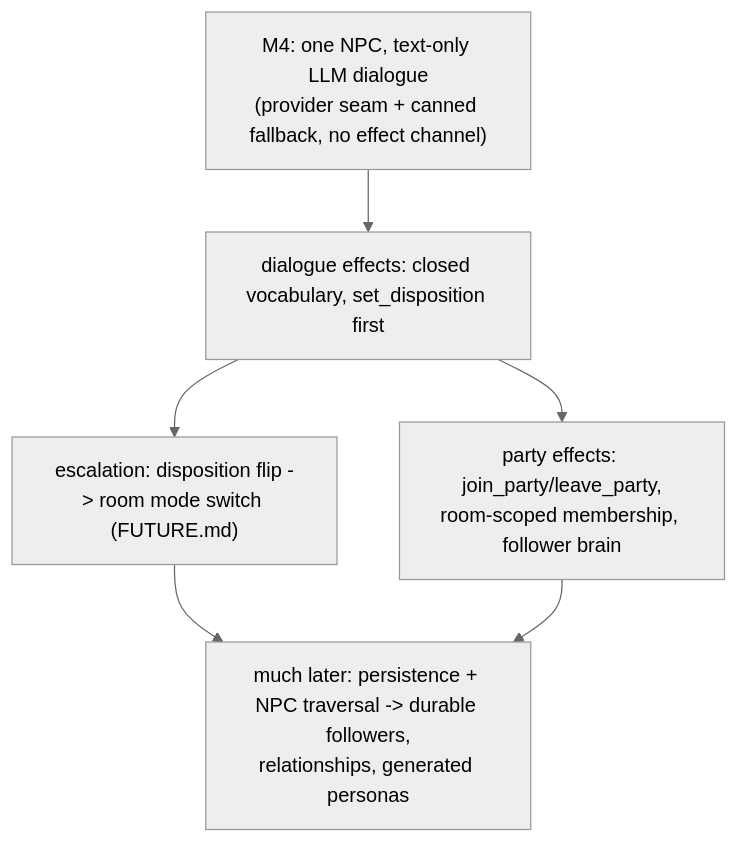
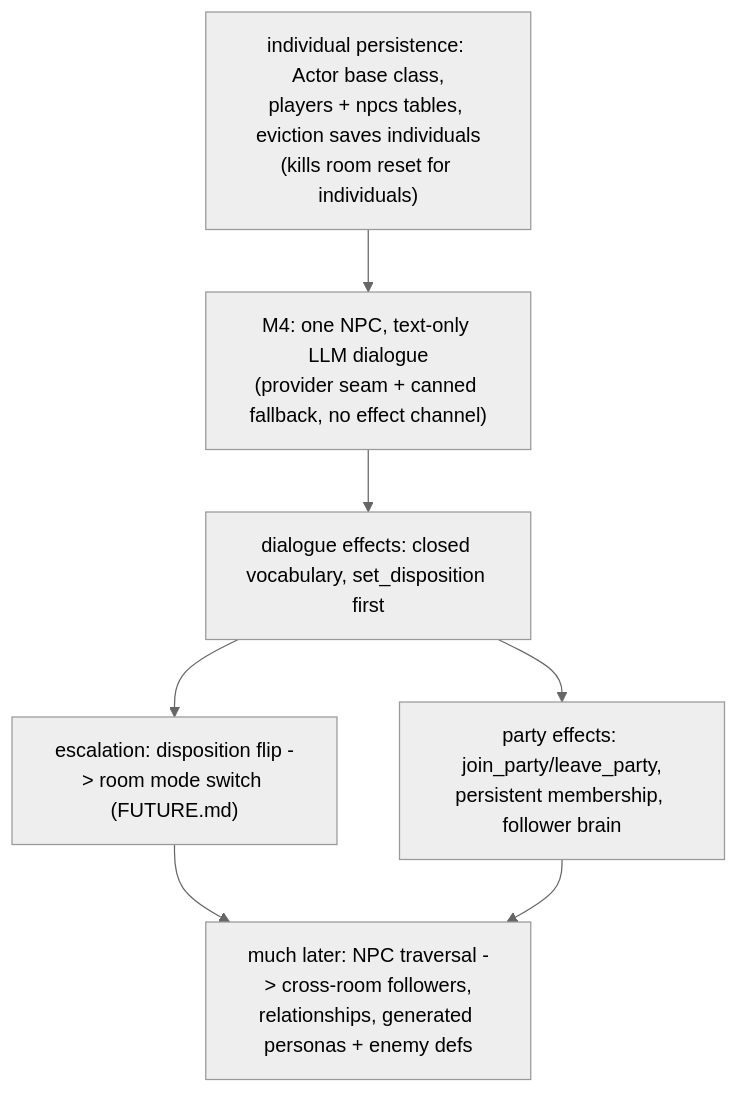
The second of 2 diagrams in docs/NPCS.md (GoldenWind8/roguelike-mvp), drawn with Mermaid (neutral theme) before and after one commit. The commit also changed other lines of this file and 22 other files, not shown here.

First line of the commit message:
Milestone 4: NPC dialogue + individual persistence

````diff
--- a/docs/NPCS.md
+++ b/docs/NPCS.md
@@ -224,9 +275,10 @@
 ```mermaid
 flowchart TD
-    A["M4: one NPC, text-only LLM dialogue<br/>(provider seam + canned fallback, no effect channel)"]
+    S["individual persistence: Actor base class,<br/>players + npcs tables, eviction saves individuals<br/>(kills room reset for individuals)"]
+    S --> A["M4: one NPC, text-only LLM dialogue<br/>(provider seam + canned fallback, no effect channel)"]
     A --> B["dialogue effects: closed vocabulary, set_disposition first"]
     B --> C["escalation: disposition flip -> room mode switch (FUTURE.md)"]
-    B --> P["party effects: join_party/leave_party,<br/>room-scoped membership, follower brain"]
-    C --> D["much later: persistence + NPC traversal -> durable followers,<br/>relationships, generated personas"]
+    B --> P["party effects: join_party/leave_party,<br/>persistent membership, follower brain"]
+    C --> D["much later: NPC traversal -> cross-room followers,<br/>relationships, generated personas + enemy defs"]
     P --> D
 ```
````
